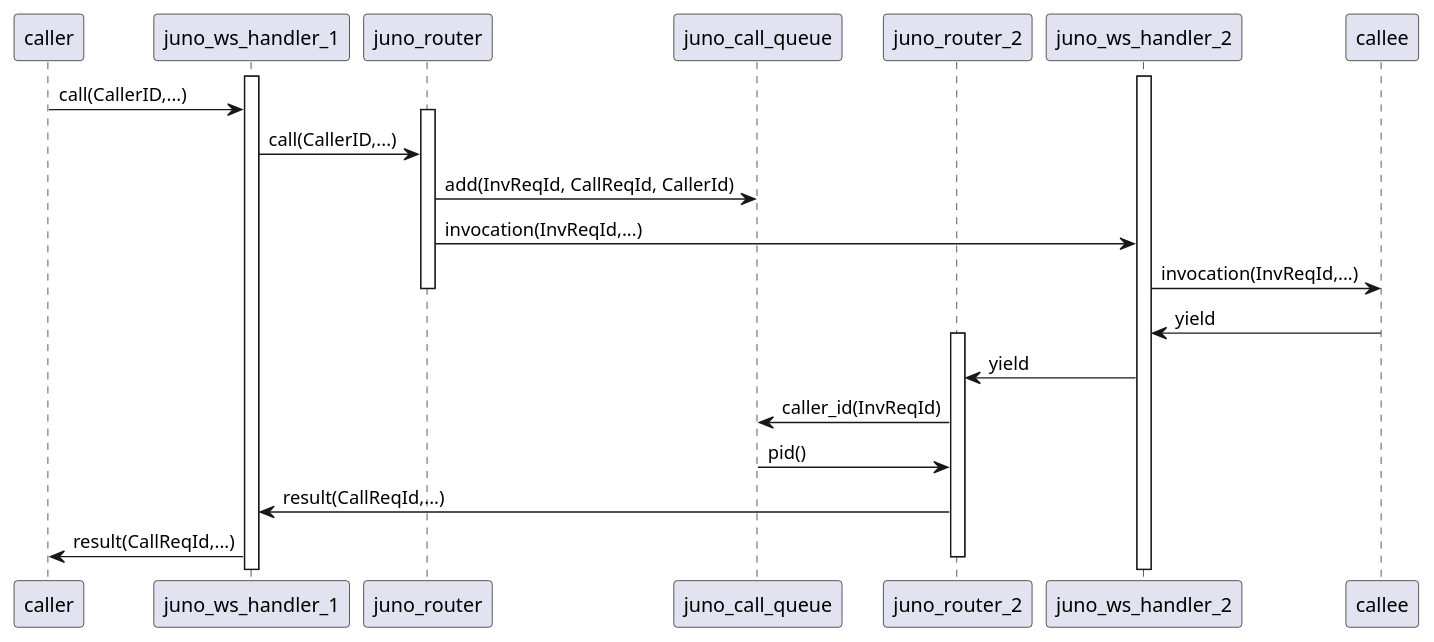
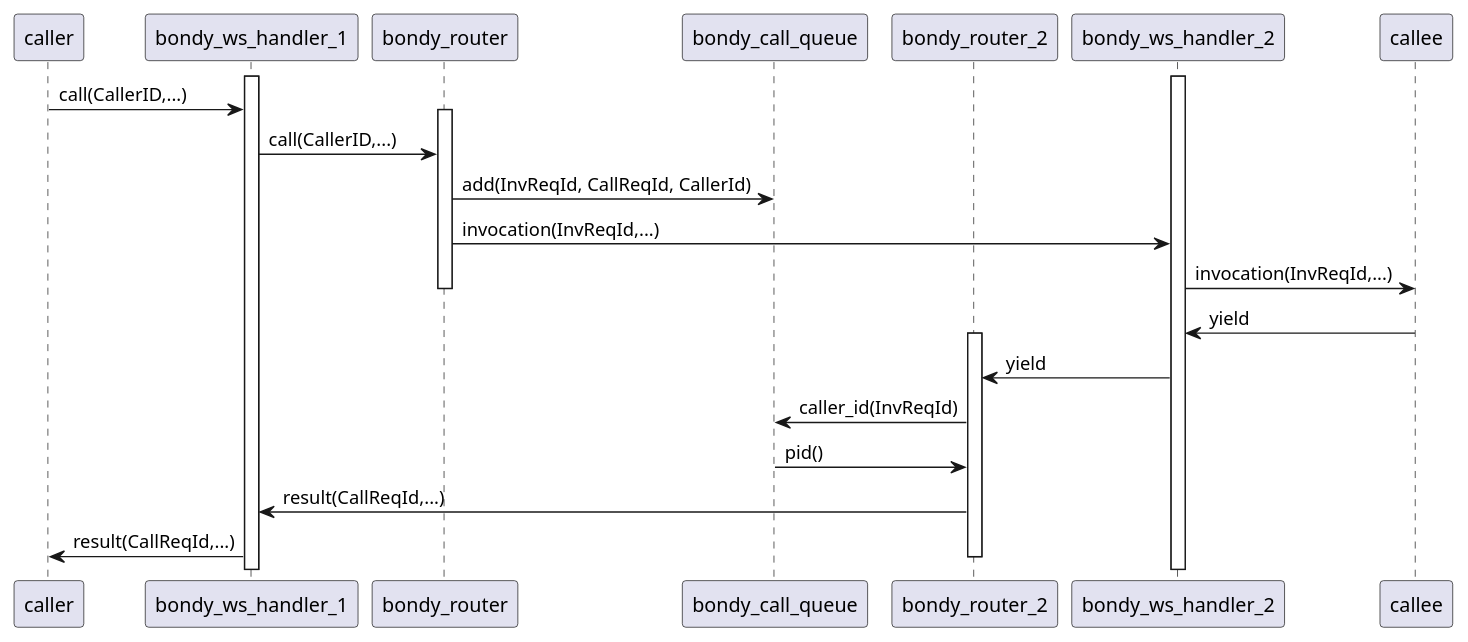
The diagram in docs/rpc.puml (bondy-io/bondy), drawn with PlantUML before and after one commit. The commit also changed 60 other files, not shown here.

```diff
--- a/docs/rpc.puml
+++ b/docs/rpc.puml
@@ -1,28 +1,28 @@
 @startuml
 
 participant caller
-participant juno_ws_handler_1
-participant juno_router
-participant juno_call_queue
-participant juno_router_2
-participant juno_ws_handler_2
+participant bondy_ws_handler_1
+participant bondy_router
+participant bondy_call_queue
+participant bondy_router_2
+participant bondy_ws_handler_2
 participant callee
 
-activate juno_ws_handler_1
-activate juno_ws_handler_2
-caller -> juno_ws_handler_1: call(CallerID,...)
-activate juno_router
-juno_ws_handler_1 -> juno_router: call(CallerID,...)
-juno_router -> juno_call_queue: add(InvReqId, CallReqId, CallerId)
-juno_router -> juno_ws_handler_2: invocation(InvReqId,...)
-juno_ws_handler_2 -> callee: invocation(InvReqId,...)
-deactivate juno_router
-callee -> juno_ws_handler_2: yield
-activate juno_router_2
-juno_ws_handler_2 -> juno_router_2: yield
-juno_router_2 -> juno_call_queue: caller_id(InvReqId)
-juno_call_queue -> juno_router_2: pid()
-juno_router_2 -> juno_ws_handler_1: result(CallReqId,...)
-juno_ws_handler_1 -> caller: result(CallReqId,...)
-deactivate juno_router_2
+activate bondy_ws_handler_1
+activate bondy_ws_handler_2
+caller -> bondy_ws_handler_1: call(CallerID,...)
+activate bondy_router
+bondy_ws_handler_1 -> bondy_router: call(CallerID,...)
+bondy_router -> bondy_call_queue: add(InvReqId, CallReqId, CallerId)
+bondy_router -> bondy_ws_handler_2: invocation(InvReqId,...)
+bondy_ws_handler_2 -> callee: invocation(InvReqId,...)
+deactivate bondy_router
+callee -> bondy_ws_handler_2: yield
+activate bondy_router_2
+bondy_ws_handler_2 -> bondy_router_2: yield
+bondy_router_2 -> bondy_call_queue: caller_id(InvReqId)
+bondy_call_queue -> bondy_router_2: pid()
+bondy_router_2 -> bondy_ws_handler_1: result(CallReqId,...)
+bondy_ws_handler_1 -> caller: result(CallReqId,...)
+deactivate bondy_router_2
 @enduml
```
